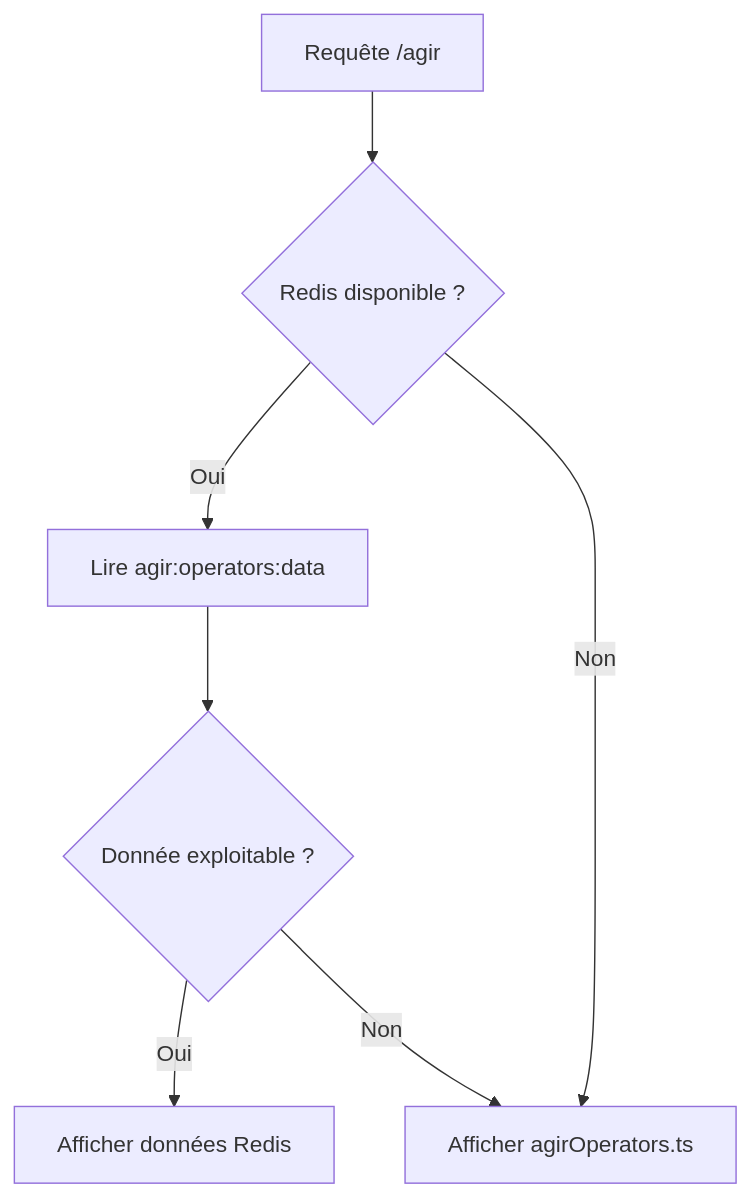
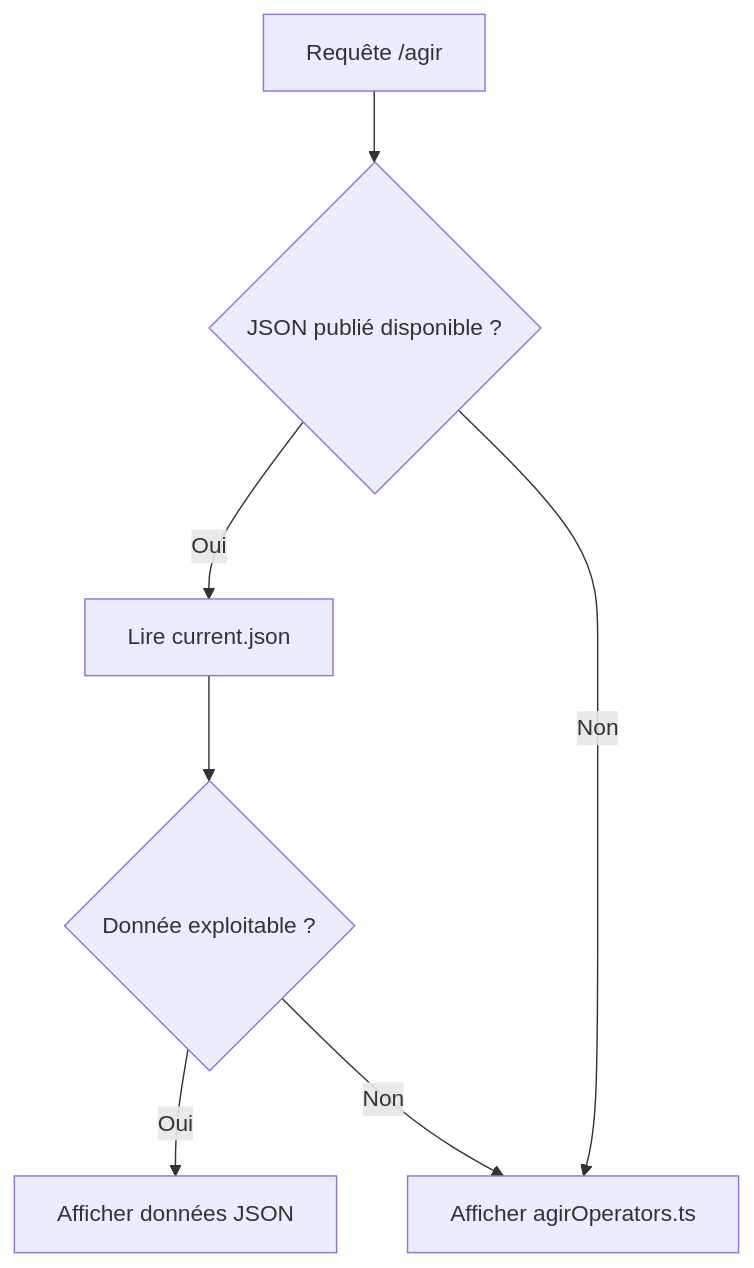
One commit to refugies-info/karfur changed the third of 3 diagrams in documentation/client/agir-grist-sync/technical-plan.md. Above: the diagram before and after it, drawn with Mermaid. The commit also changed other lines of this file and 1 other file, not shown here.

Commit message:
chore(documentation): mise à jour de la documentation sur la synchronisation des opérateurs AGIR depuis Grist

````diff
--- a/documentation/client/agir-grist-sync/technical-plan.md
+++ b/documentation/client/agir-grist-sync/technical-plan.md
@@ -204,9 +250,9 @@
 ```mermaid
 flowchart TD
-  A[Requête /agir] --> B{Redis disponible ?}
-  B -->|Oui| C[Lire agir:operators:data]
+  A[Requête /agir] --> B{JSON publié disponible ?}
+  B -->|Oui| C[Lire current.json]
   B -->|Non| F[Fallback statique]
   C --> D{Donnée exploitable ?}
-  D -->|Oui| E[Afficher données Redis]
+  D -->|Oui| E[Afficher données JSON]
   D -->|Non| F[Afficher agirOperators.ts]
 ```
````
